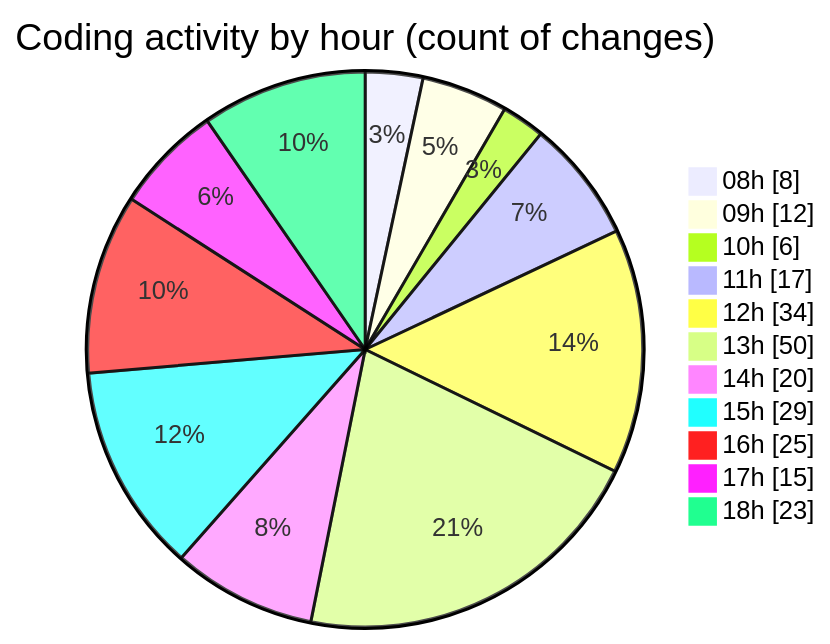
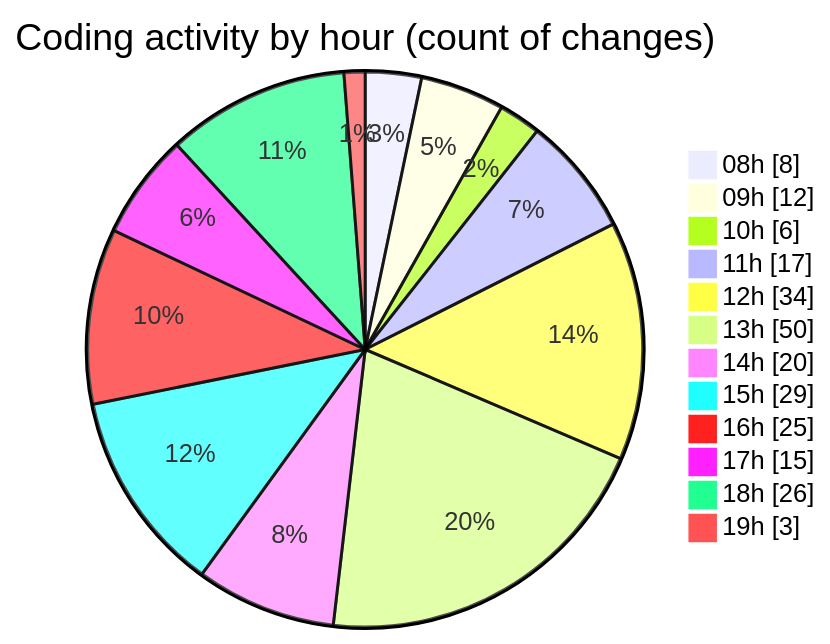
Before and after one commit to momahboobian/code-tracking: the second of 2 diagrams in 2025-09-15/cda/README.md, drawn with Mermaid. The commit also changed other lines of this file and 1 other file, not shown here.

````diff
--- a/2025-09-15/cda/README.md
+++ b/2025-09-15/cda/README.md
@@ -37,15 +37,16 @@
 ```mermaid
 pie showData
 title Coding activity by hour (count of changes)
 "08h" : 8
 "09h" : 12
 "10h" : 6
 "11h" : 17
 "12h" : 34
 "13h" : 50
 "14h" : 20
 "15h" : 29
 "16h" : 25
 "17h" : 15
-"18h" : 23
+"18h" : 26
+"19h" : 3
 ```
````
